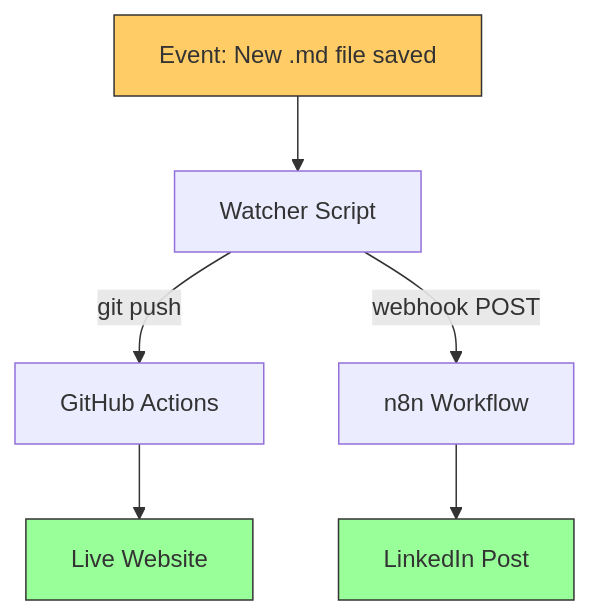
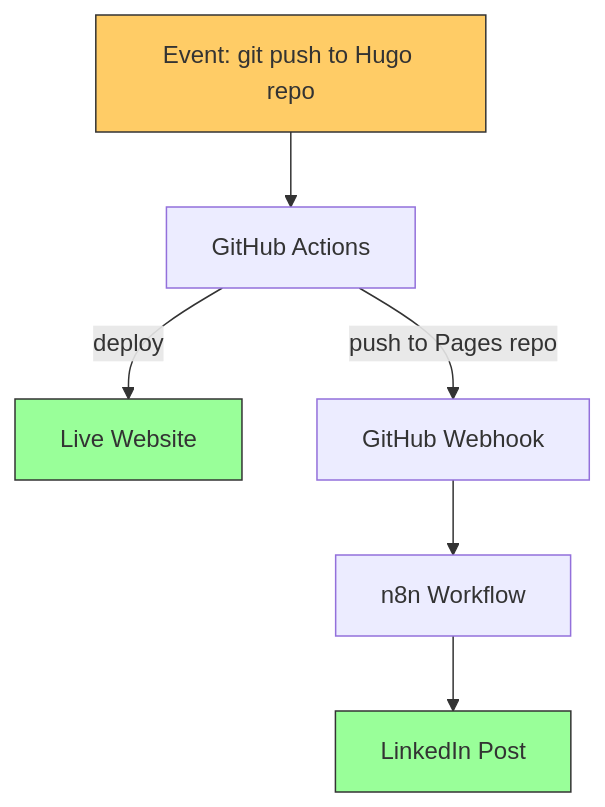
One commit to thatsmeadarsh/n8n-powered-auto-web-publish changed the first of 7 diagrams in docs/workflow-documentation.md. Above: the diagram before and after it, drawn with Mermaid. The commit also changed other lines of this file and 7 other files, not shown here.

First line of the commit message:
Replace fswatch watcher with GitHub webhook trigger in n8n

````diff
--- a/docs/workflow-documentation.md
+++ b/docs/workflow-documentation.md
@@ -11,12 +11,12 @@
 ```mermaid
 graph TD
-    E["Event: New .md file saved"] --> W["Watcher Script"]
-    W -->|"git push"| GA["GitHub Actions"]
-    W -->|"webhook POST"| N8N["n8n Workflow"]
-    GA --> SITE["Live Website"]
+    E["Event: git push to Hugo repo"] --> GA["GitHub Actions"]
+    GA -->|"deploy"| SITE["Live Website"]
+    GA -->|"push to Pages repo"| WH["GitHub Webhook"]
+    WH --> N8N["n8n Workflow"]
     N8N --> LI["LinkedIn Post"]
 
     style E fill:#ffcc66,stroke:#333
     style SITE fill:#99ff99,stroke:#333
     style LI fill:#99ff99,stroke:#333
 ```
````
